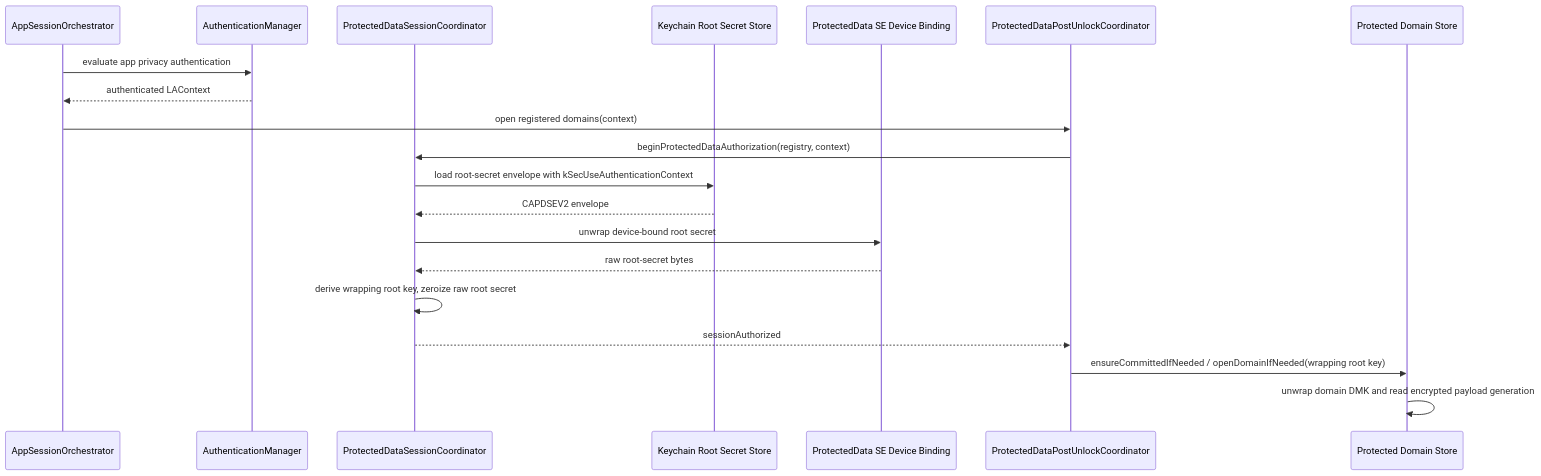
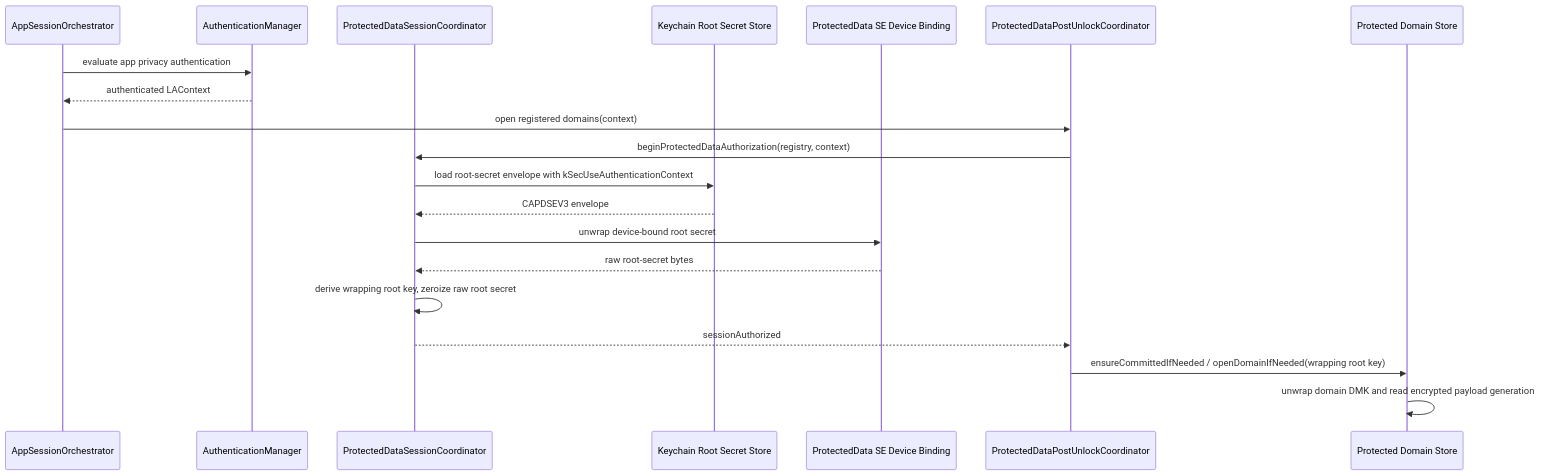
The seventh of 7 diagrams in docs/ARCHITECTURE.md (cypherair/cypherair), drawn with Mermaid before and after one commit. The commit also changed other lines of this file and 4 other files, not shown here.

First line of the commit message:
docs: record the ProtectedData envelope modernization (CAPDSEV3/CADMKV2/CPDENV2)

````diff
--- a/docs/ARCHITECTURE.md
+++ b/docs/ARCHITECTURE.md
@@ -473,23 +473,23 @@
 ```mermaid
 sequenceDiagram
     participant App as AppSessionOrchestrator
     participant Auth as AuthenticationManager
     participant PDS as ProtectedDataSessionCoordinator
     participant KC as Keychain Root Secret Store
     participant SE as ProtectedData SE Device Binding
     participant Post as ProtectedDataPostUnlockCoordinator
     participant Domain as Protected Domain Store
 
     App->>Auth: evaluate app privacy authentication
     Auth-->>App: authenticated LAContext
     App->>Post: open registered domains(context)
     Post->>PDS: beginProtectedDataAuthorization(registry, context)
     PDS->>KC: load root-secret envelope with kSecUseAuthenticationContext
-    KC-->>PDS: CAPDSEV2 envelope
+    KC-->>PDS: CAPDSEV3 envelope
     PDS->>SE: unwrap device-bound root secret
     SE-->>PDS: raw root-secret bytes
     PDS->>PDS: derive wrapping root key, zeroize raw root secret
     PDS-->>Post: sessionAuthorized
     Post->>Domain: ensureCommittedIfNeeded / openDomainIfNeeded(wrapping root key)
     Domain->>Domain: unwrap domain DMK and read encrypted payload generation
 ```
````
